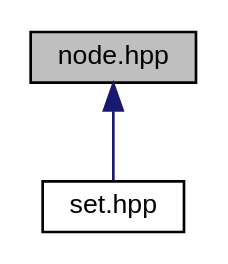
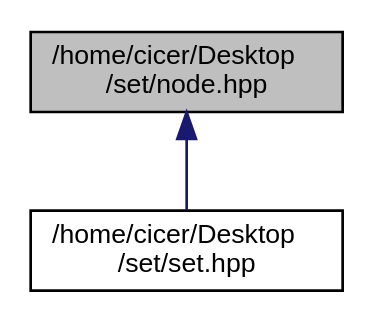
The diagram in node_8hpp__dep__incl.dot (cicer-0/Doc_Set.github.io), drawn with Graphviz before and after one commit. The commit also changed 104 other files, not shown here.

```diff
--- a/node_8hpp__dep__incl.dot
+++ b/node_8hpp__dep__incl.dot
@@ -1,9 +1,9 @@
-digraph "node.hpp"
+digraph "/home/cicer/Desktop/set/node.hpp"
 {
  // LATEX_PDF_SIZE
   edge [fontname="Helvetica",fontsize="10",labelfontname="Helvetica",labelfontsize="10"];
   node [fontname="Helvetica",fontsize="10",shape=record];
-  Node1 [label="node.hpp",height=0.2,width=0.4,color="black", fillcolor="grey75", style="filled", fontcolor="black",tooltip="Clase Node el cual estara compuesto la clase Set."];
+  Node1 [label="/home/cicer/Desktop\l/set/node.hpp",height=0.2,width=0.4,color="black", fillcolor="grey75", style="filled", fontcolor="black",tooltip="Clase Node el cual estara compuesto la clase Set."];
   Node1 -> Node2 [dir="back",color="midnightblue",fontsize="10",style="solid",fontname="Helvetica"];
-  Node2 [label="set.hpp",height=0.2,width=0.4,color="black", fillcolor="white", style="filled",URL="$set_8hpp.html",tooltip="Manipular conjuntos."];
+  Node2 [label="/home/cicer/Desktop\l/set/set.hpp",height=0.2,width=0.4,color="black", fillcolor="white", style="filled",URL="$set_8hpp.html",tooltip="Manipular conjuntos."];
 }
```
